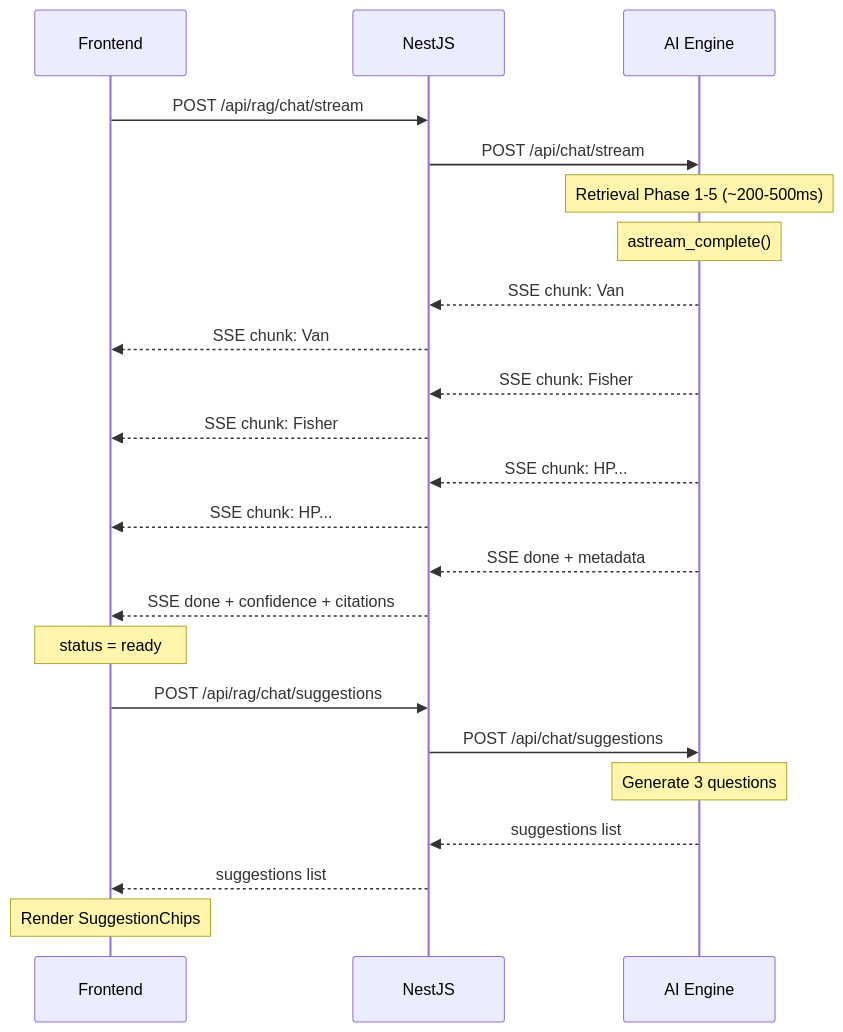
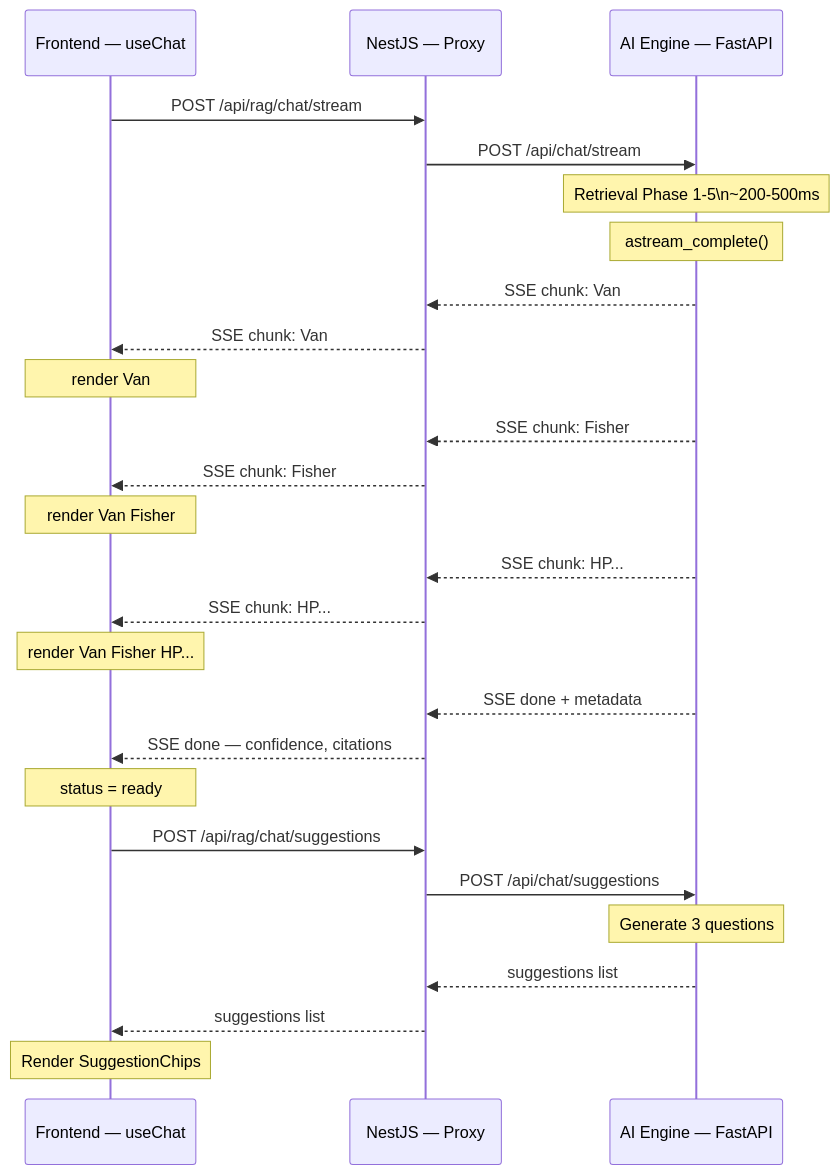
One commit to truongvinhkhuong/tdh-tte changed diagram 14 of 15 in docs/ai-engine/rag-architecture.md. Above: the diagram before and after it, drawn with Mermaid. The commit also changed other lines of this file and 1 other file, not shown here.

````diff
--- a/docs/ai-engine/rag-architecture.md
+++ b/docs/ai-engine/rag-architecture.md
@@ -490,31 +538,38 @@
 ```mermaid
 sequenceDiagram
-    participant FE as Frontend
-    participant BE as NestJS
-    participant AI as AI Engine
+    participant FE as Frontend — useChat
+    participant BE as NestJS — Proxy
+    participant AI as AI Engine — FastAPI
 
     FE->>BE: POST /api/rag/chat/stream
     BE->>AI: POST /api/chat/stream
 
-    Note over AI: Retrieval Phase 1-5 (~200-500ms)
+    Note over AI: Retrieval Phase 1-5\n~200-500ms
+
     Note over AI: astream_complete()
 
     AI-->>BE: SSE chunk: Van
     BE-->>FE: SSE chunk: Van
+    Note over FE: render Van
+
     AI-->>BE: SSE chunk: Fisher
     BE-->>FE: SSE chunk: Fisher
+    Note over FE: render Van Fisher
+
     AI-->>BE: SSE chunk: HP...
     BE-->>FE: SSE chunk: HP...
+    Note over FE: render Van Fisher HP...
+
     AI-->>BE: SSE done + metadata
-    BE-->>FE: SSE done + confidence + citations
+    BE-->>FE: SSE done — confidence, citations
 
     Note over FE: status = ready
 
     FE->>BE: POST /api/rag/chat/suggestions
     BE->>AI: POST /api/chat/suggestions
     Note over AI: Generate 3 questions
     AI-->>BE: suggestions list
     BE-->>FE: suggestions list
 
     Note over FE: Render SuggestionChips
 ```
````
